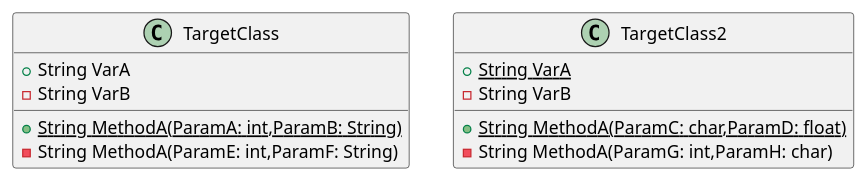
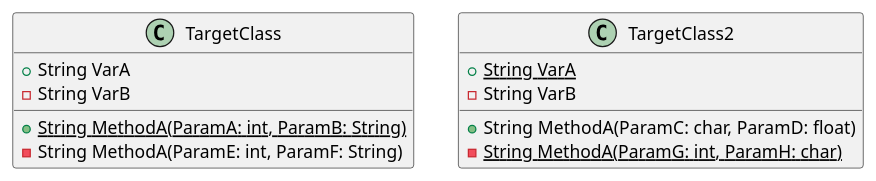
The diagram in code2diagram/out/class_diagram.puml (friskaim7/text2sd), drawn with PlantUML before and after one commit. The commit also changed 1 other file, not shown here.

```diff
--- a/code2diagram/out/class_diagram.puml
+++ b/code2diagram/out/class_diagram.puml
@@ -1,12 +1,12 @@
 @startuml Class Diagram
 class TargetClass
 TargetClass : +  String VarA
 TargetClass : -  String VarB
-TargetClass : + {static} String MethodA(ParamA: int,ParamB: String)
-TargetClass : -  String MethodA(ParamE: int,ParamF: String)
+TargetClass : + {static} String MethodA(ParamA: int, ParamB: String)
+TargetClass : -  String MethodA(ParamE: int, ParamF: String)
 class TargetClass2
 TargetClass2 : + {static} String VarA
 TargetClass2 : -  String VarB
-TargetClass2 : + {static} String MethodA(ParamC: char,ParamD: float)
-TargetClass2 : -  String MethodA(ParamG: int,ParamH: char)
+TargetClass2 : +  String MethodA(ParamC: char, ParamD: float)
+TargetClass2 : - {static} String MethodA(ParamG: int, ParamH: char)
 @enduml
```
